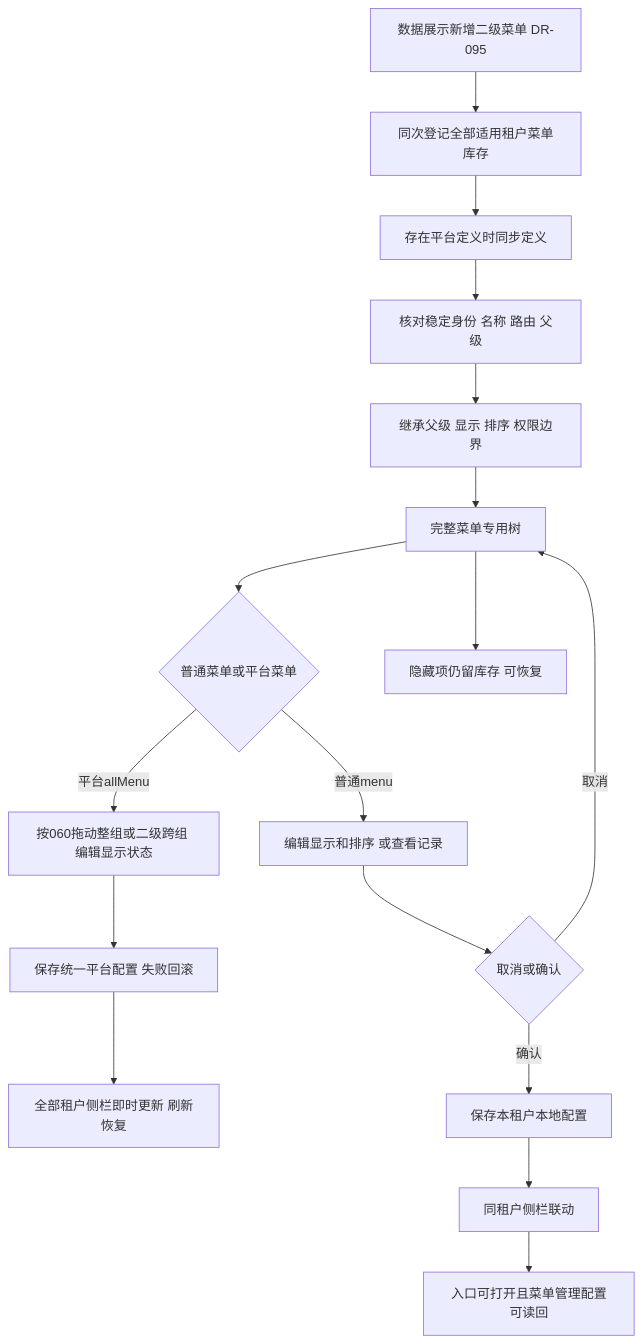
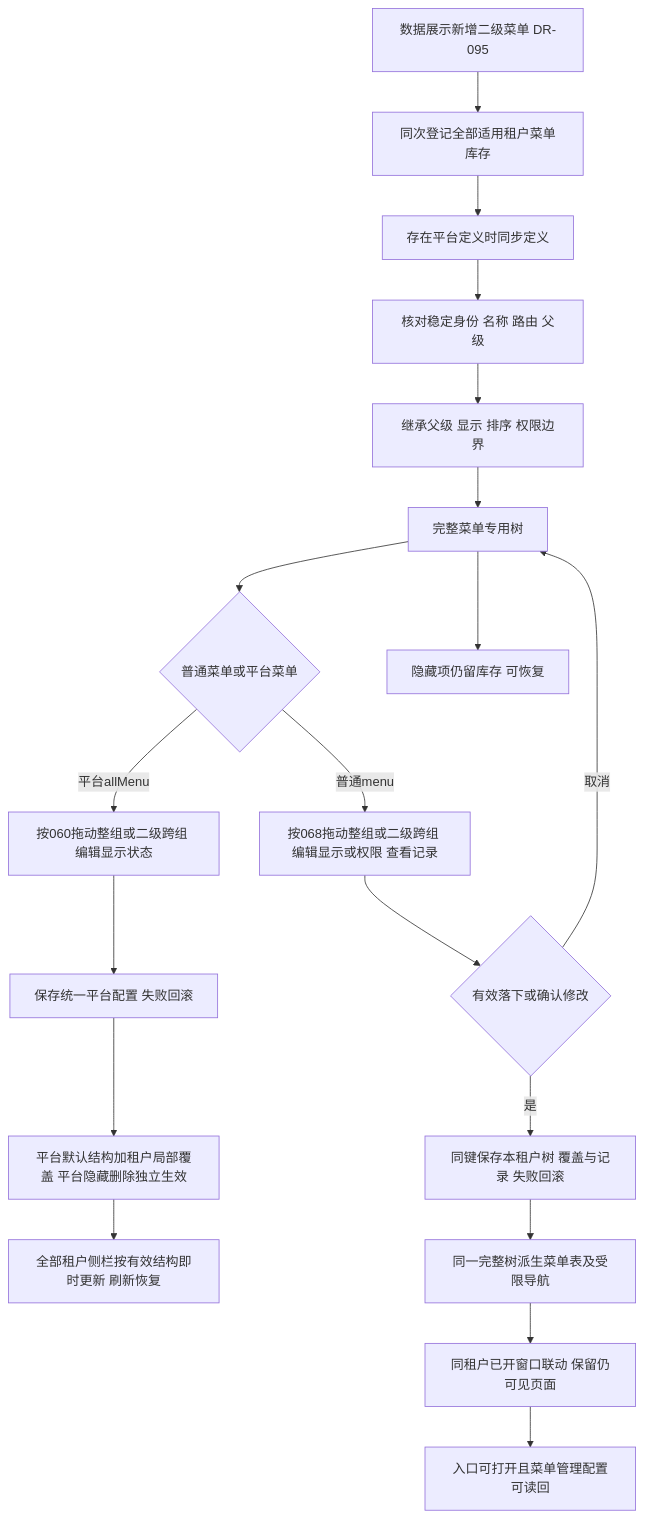
Before and after one commit to xfang9528-glitch/suiyin-admin: the third of 9 diagrams in flowcharts/admin-live-reference.md, drawn with Mermaid. The commit also changed other lines of this file and 46 other files, not shown here.

````diff
--- a/flowcharts/admin-live-reference.md
+++ b/flowcharts/admin-live-reference.md
@@ -55,19 +55,21 @@
 ```mermaid
 flowchart TD
     New[数据展示新增二级菜单 DR-095] --> Register[同次登记全部适用租户菜单库存]
     Register --> Platform[存在平台定义时同步定义]
     Platform --> Identity[核对稳定身份 名称 路由 父级]
     Identity --> Existing[继承父级 显示 排序 权限边界]
     Existing --> Tree[完整菜单专用树]
     Tree --> Scope{普通菜单或平台菜单}
-    Scope -->|普通menu| Edit[编辑显示和排序 或查看记录]
+    Scope -->|普通menu| Edit[按068拖动整组或二级跨组 编辑显示或权限 查看记录]
     Scope -->|平台allMenu| Drag[按060拖动整组或二级跨组 编辑显示状态]
     Drag --> PlatformSave[保存统一平台配置 失败回滚]
-    PlatformSave --> AllNav[全部租户侧栏即时更新 刷新恢复]
-    Edit --> Decision{取消或确认}
+    PlatformSave --> Resolve[平台默认结构加租户局部覆盖 平台隐藏删除独立生效]
+    Resolve --> AllNav[全部租户侧栏按有效结构即时更新 刷新恢复]
+    Edit --> Decision{有效落下或确认修改}
     Decision -->|取消| Tree
-    Decision -->|确认| Local[保存本租户本地配置]
-    Local --> Nav[同租户侧栏联动]
+    Decision -->|是| Local[同键保存本租户树 覆盖与记录 失败回滚]
+    Local --> TenantResolve[同一完整树派生菜单表及受限导航]
+    TenantResolve --> Nav[同租户已开窗口联动 保留仍可见页面]
     Nav --> Check[入口可打开且菜单管理配置可读回]
     Tree --> Hidden[隐藏项仍留库存 可恢复]
 ```
````
